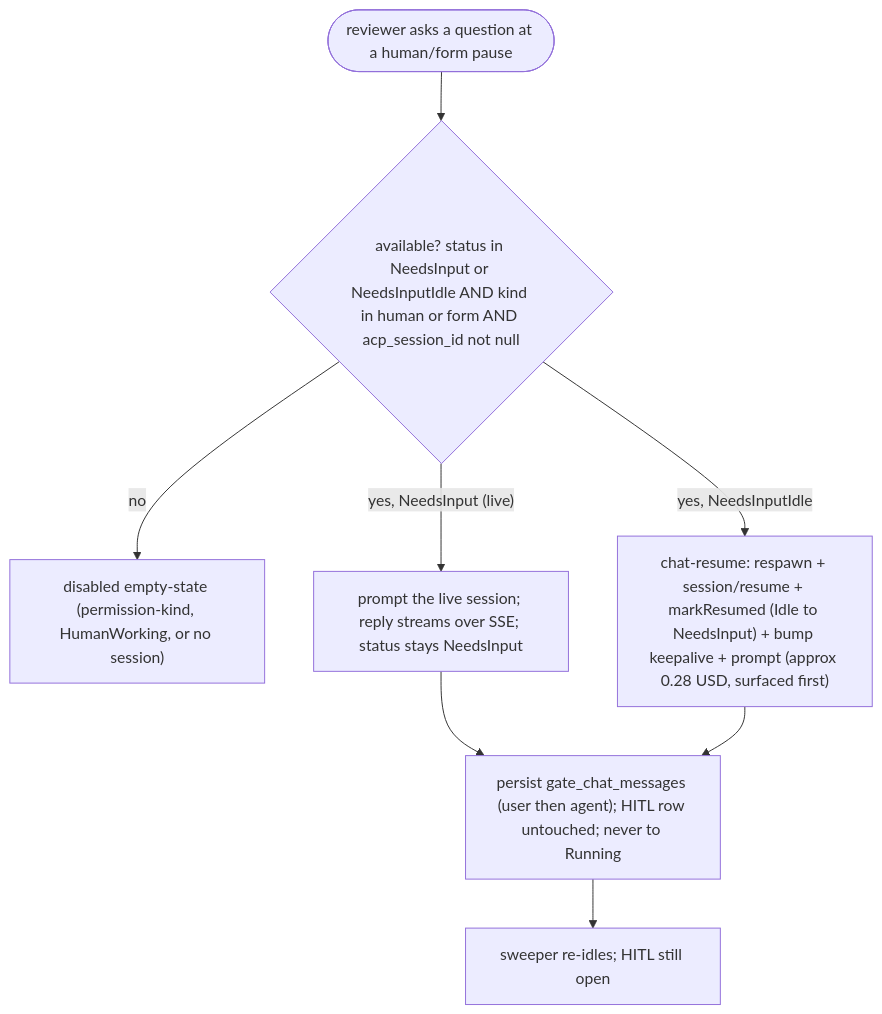
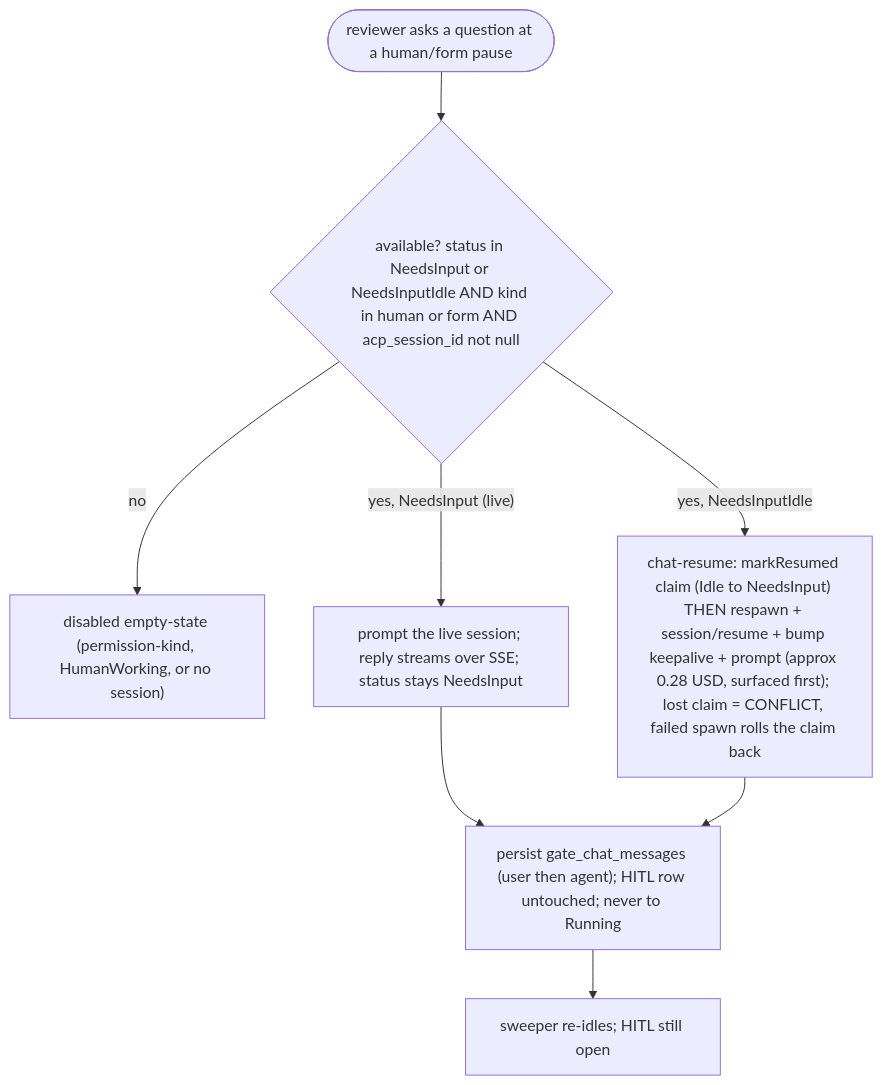
One commit to maister-dev/maister changed the eighth of 12 diagrams in docs/system-analytics/hitl.md. Above: the diagram before and after it, drawn with Mermaid. The commit also changed other lines of this file and 9 other files, not shown here.

First line of the commit message:
fix(runs): claim-first dirty-resolution + chat-resume; chat GET member+

````diff
--- a/docs/system-analytics/hitl.md
+++ b/docs/system-analytics/hitl.md
@@ -309,10 +309,10 @@
 ```mermaid
 flowchart TD
     Q(["reviewer asks a question at a human/form pause"]) --> Avail{"available? status in NeedsInput or NeedsInputIdle AND kind in human or form AND acp_session_id not null"}
     Avail -- no --> Empty["disabled empty-state (permission-kind, HumanWorking, or no session)"]
     Avail -- "yes, NeedsInput (live)" --> Live["prompt the live session; reply streams over SSE; status stays NeedsInput"]
-    Avail -- "yes, NeedsInputIdle" --> Idle["chat-resume: respawn + session/resume + markResumed (Idle to NeedsInput) + bump keepalive + prompt (approx 0.28 USD, surfaced first)"]
+    Avail -- "yes, NeedsInputIdle" --> Idle["chat-resume: markResumed claim (Idle to NeedsInput) THEN respawn + session/resume + bump keepalive + prompt (approx 0.28 USD, surfaced first); lost claim = CONFLICT, failed spawn rolls the claim back"]
     Live --> Persist["persist gate_chat_messages (user then agent); HITL row untouched; never to Running"]
     Idle --> Persist
     Persist --> Reidle["sweeper re-idles; HITL still open"]
 ```
````
